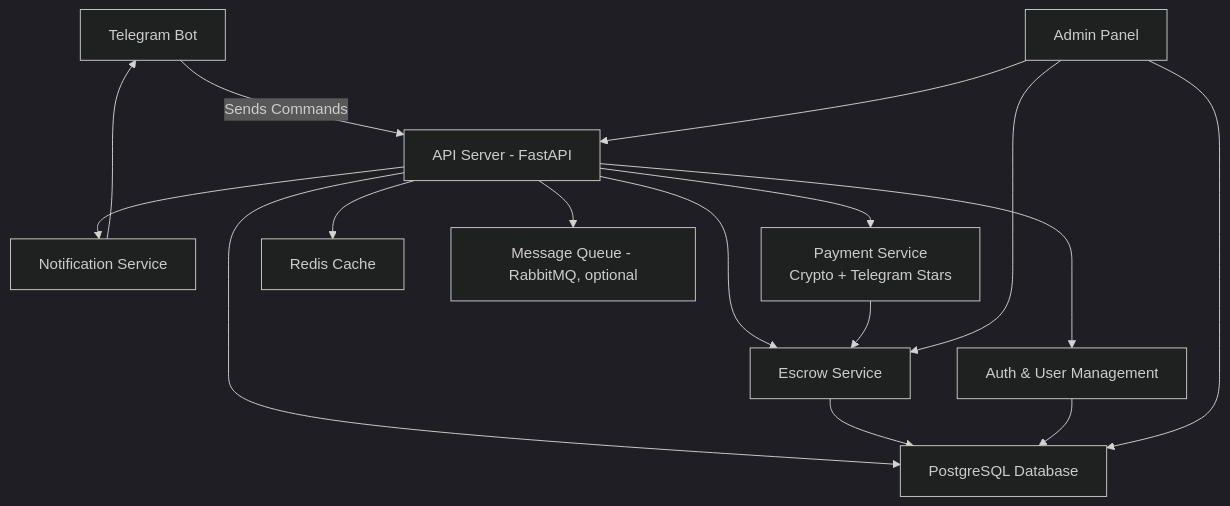
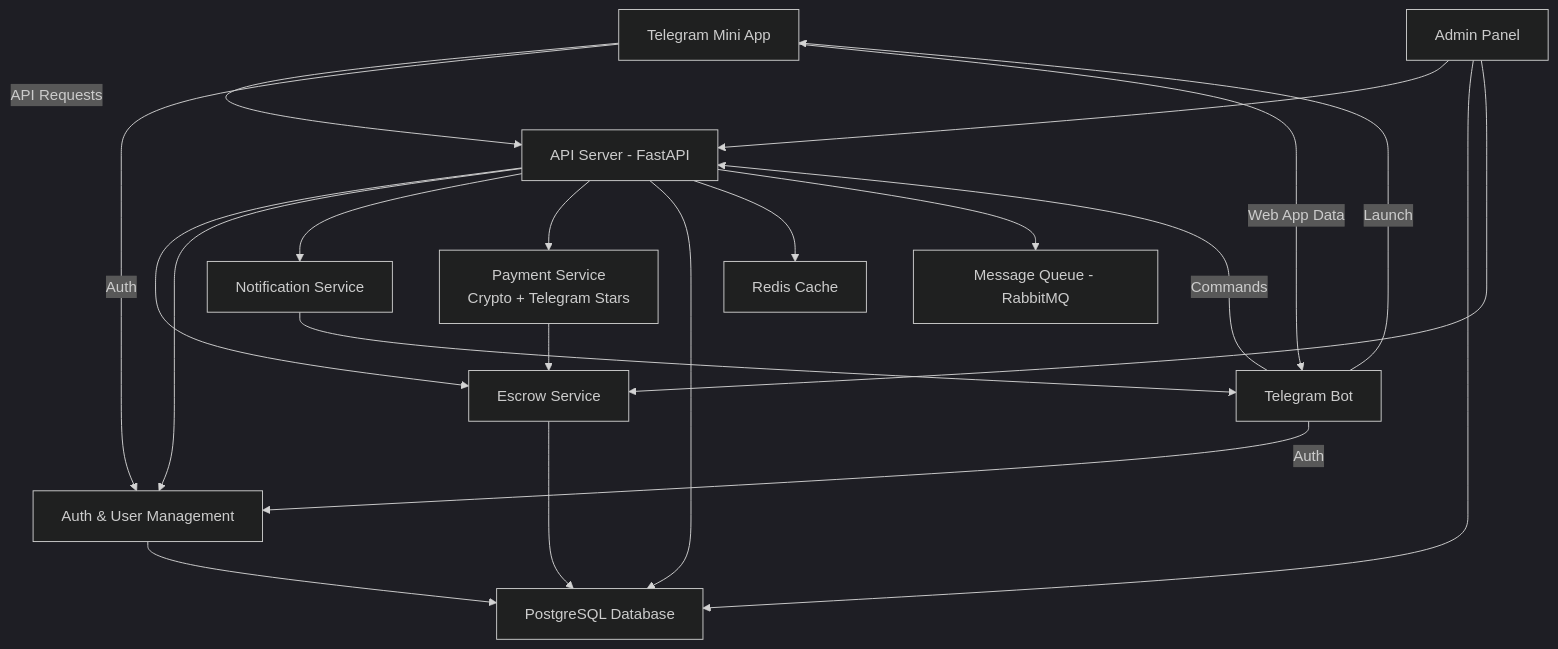
The diagram in docs/architecture.mermaid (Mathewqwe12/tg_app), drawn with Mermaid (dark theme) before and after one commit. The commit also changed 7 other files, not shown here.

Commit message:
Добавлена документация по архитектуре, контексту проекта и управлению задачами. Обновлены диаграммы архитектуры и добавлены новые файлы для бэклога и статуса проекта.

```diff
--- a/docs/architecture.mermaid
+++ b/docs/architecture.mermaid
@@ -1,36 +1,44 @@
 graph TD
 
-%% Telegram Interface
-A[Telegram Bot]
+%% User Interfaces
+A[Telegram Mini App]
+B[Telegram Bot]
 
 %% Backend Services
-B[API Server - FastAPI]
-C[Escrow Service]
-D[Auth & User Management]
-E[Notification Service]
-F[Payment Service<br/>Crypto + Telegram Stars]
+C[API Server - FastAPI]
+D[Escrow Service]
+E[Auth & User Management]
+F[Notification Service]
+G[Payment Service<br/>Crypto + Telegram Stars]
 
 %% Infrastructure
-G[PostgreSQL Database]
-H[Redis Cache]
-I[Message Queue - RabbitMQ, optional]
+H[PostgreSQL Database]
+I[Redis Cache]
+J[Message Queue - RabbitMQ]
 
 %% Admin Tools
-J[Admin Panel]
+K[Admin Panel]
 
 %% Connections
-A -->|Sends Commands| B
-B --> C
-B --> D
-B --> E
-B --> F
-B --> G
-B --> H
-B --> I
+A -->|API Requests| C
+B -->|Commands| C
+A -->|Auth| E
+B -->|Auth| E
+C --> D
+C --> E
+C --> F
 C --> G
-D --> G
-E --> A
-F --> C
-J --> B
-J --> G
-J --> C
+C --> H
+C --> I
+C --> J
+D --> H
+E --> H
+F --> B
+G --> D
+K --> C
+K --> H
+K --> D
+
+%% Mini App specific
+A -->|Web App Data| B
+B -->|Launch| A
```
